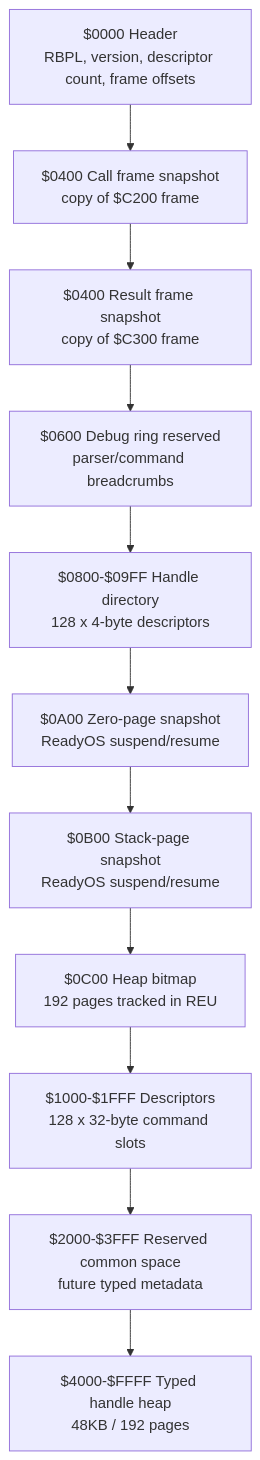
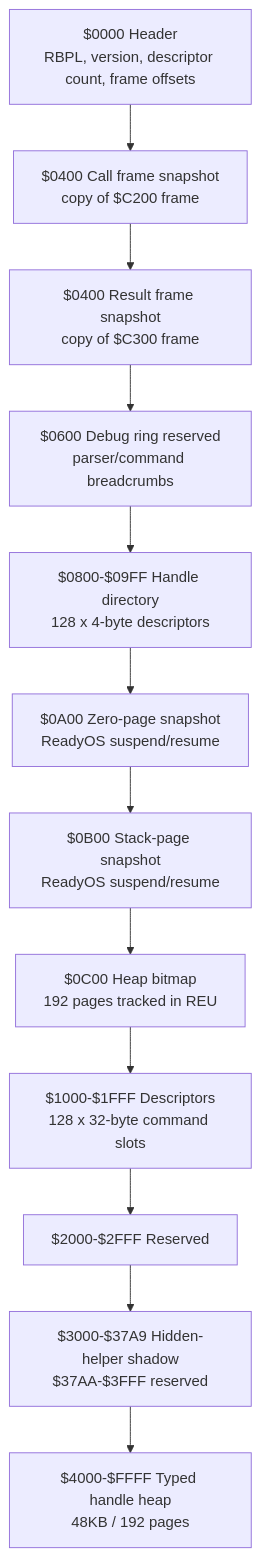
One commit to ReadyOS-C64/ReadyOs changed the second of 7 diagrams in src/apps/readybasic/READYBASIC_LIFECYCLE_AND_REU_ARCHITECTURE.md. Above: the diagram before and after it, drawn with Mermaid. The commit also changed other lines of this file and 31 other files, not shown here.

````diff
--- a/src/apps/readybasic/READYBASIC_LIFECYCLE_AND_REU_ARCHITECTURE.md
+++ b/src/apps/readybasic/READYBASIC_LIFECYCLE_AND_REU_ARCHITECTURE.md
@@ -301,16 +254,17 @@
 ```mermaid
 flowchart TB
   H["$0000 Header<br/>RBPL, version, descriptor count, frame offsets"]
   D["$1000-$1FFF Descriptors<br/>128 x 32-byte command slots"]
   C["$0400 Call frame snapshot<br/>copy of $C200 frame"]
   R["$0400 Result frame snapshot<br/>copy of $C300 frame"]
   DBG["$0600 Debug ring reserved<br/>parser/command breadcrumbs"]
   HM["$0800-$09FF Handle directory<br/>128 x 4-byte descriptors"]
   ZP["$0A00 Zero-page snapshot<br/>ReadyOS suspend/resume"]
   ST["$0B00 Stack-page snapshot<br/>ReadyOS suspend/resume"]
   BM["$0C00 Heap bitmap<br/>192 pages tracked in REU"]
-  RS["$2000-$3FFF Reserved common space<br/>future typed metadata"]
+  RS["$2000-$2FFF Reserved"]
+  SH["$3000-$37A9 Hidden-helper shadow<br/>$37AA-$3FFF reserved"]
   DATA["$4000-$FFFF Typed handle heap<br/>48KB / 192 pages"]
 
-  H --> C --> R --> DBG --> HM --> ZP --> ST --> BM --> D --> RS --> DATA
+  H --> C --> R --> DBG --> HM --> ZP --> ST --> BM --> D --> RS --> SH --> DATA
 ```
````
